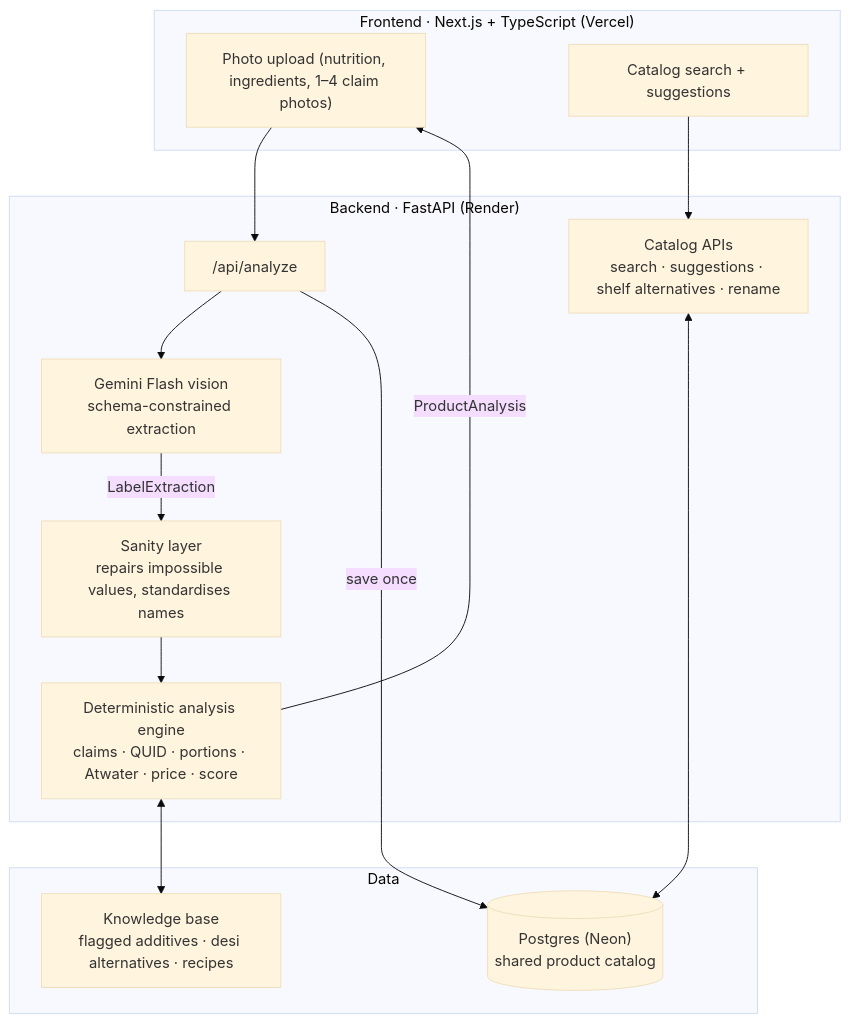
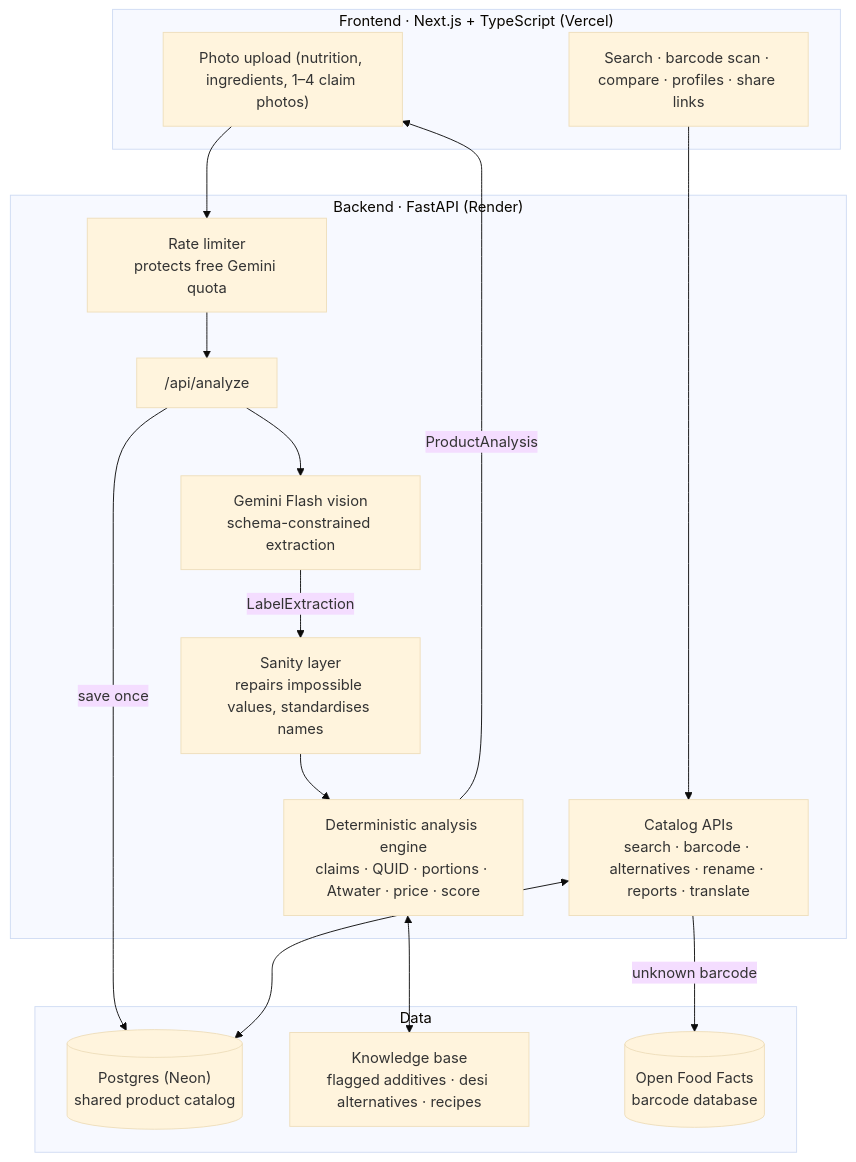
The diagram in README.md (Utsav202004/LabelPadho), drawn with Mermaid (base theme) before and after one commit. The commit also changed other lines of this file and 23 other files, not shown here.

First line of the commit message:
feat: fair scoring, barcode lookup, profiles, compare, share links, Hindi

````diff
--- a/README.md
+++ b/README.md
@@ -32,25 +40,28 @@
 ```mermaid
 flowchart TD
     subgraph Client["Frontend · Next.js + TypeScript (Vercel)"]
         UP["Photo upload (nutrition, ingredients, 1–4 claim photos)"]
-        SR["Catalog search + suggestions"]
+        SR["Search · barcode scan · compare · profiles · share links"]
     end
 
     subgraph API["Backend · FastAPI (Render)"]
         AN["/api/analyze"]
         GEM["Gemini Flash vision<br/>schema-constrained extraction"]
         SAN["Sanity layer<br/>repairs impossible values, standardises names"]
         ENG["Deterministic analysis engine<br/>claims · QUID · portions · Atwater · price · score"]
-        CAT["Catalog APIs<br/>search · suggestions · shelf alternatives · rename"]
+        CAT["Catalog APIs<br/>search · barcode · alternatives · rename · reports · translate"]
+        RL["Rate limiter<br/>protects free Gemini quota"]
     end
 
     subgraph Data["Data"]
         PG[("Postgres (Neon)<br/>shared product catalog")]
         KB["Knowledge base<br/>flagged additives · desi alternatives · recipes"]
+        OFF[("Open Food Facts<br/>barcode database")]
     end
 
-    UP --> AN --> GEM -->|LabelExtraction| SAN --> ENG -->|ProductAnalysis| UP
+    UP --> RL --> AN --> GEM -->|LabelExtraction| SAN --> ENG -->|ProductAnalysis| UP
     ENG <--> KB
     AN -->|save once| PG
     SR --> CAT <--> PG
+    CAT -->|unknown barcode| OFF
 ```
````
